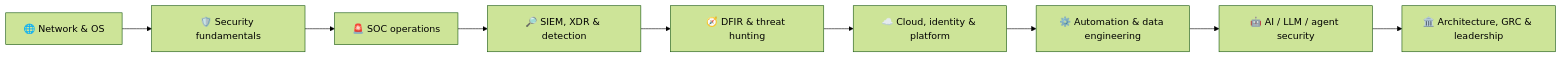
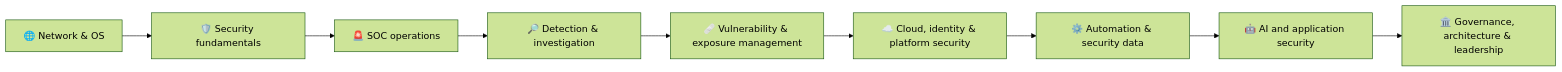
The diagram in README.md (yashvanth-mv27/cyber-Sec-Roadmap-2026-27), drawn with Mermaid (forest theme) before and after one commit. The commit also changed other lines of this file, not shown here.

Commit message:
Refresh README with roadmap overview and defensive guidance

````diff
--- a/README.md
+++ b/README.md
@@ -59,11 +37,11 @@
 ```mermaid
 flowchart LR
     A[🌐 Network & OS] --> B[🛡️ Security fundamentals]
     B --> C[🚨 SOC operations]
-    C --> D[🔎 SIEM, XDR & detection]
-    D --> E[🧭 DFIR & threat hunting]
-    E --> F[☁️ Cloud, identity & platform]
-    F --> G[⚙️ Automation & data engineering]
-    G --> H[🤖 AI / LLM / agent security]
-    H --> I[🏛️ Architecture, GRC & leadership]
+    C --> D[🔎 Detection & investigation]
+    D --> E[🩹 Vulnerability & exposure management]
+    E --> F[☁️ Cloud, identity & platform security]
+    F --> G[⚙️ Automation & security data]
+    G --> H[🤖 AI and application security]
+    H --> I[🏛️ Governance, architecture & leadership]
 ```
````
